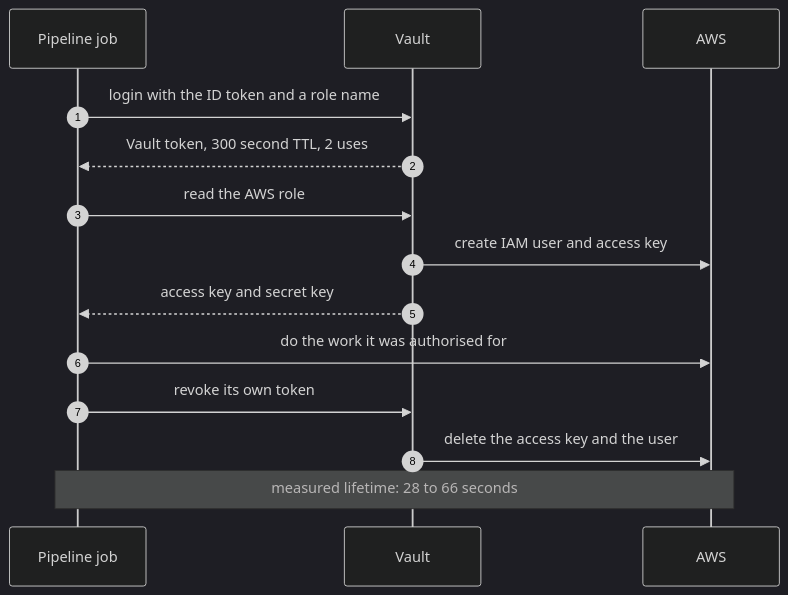
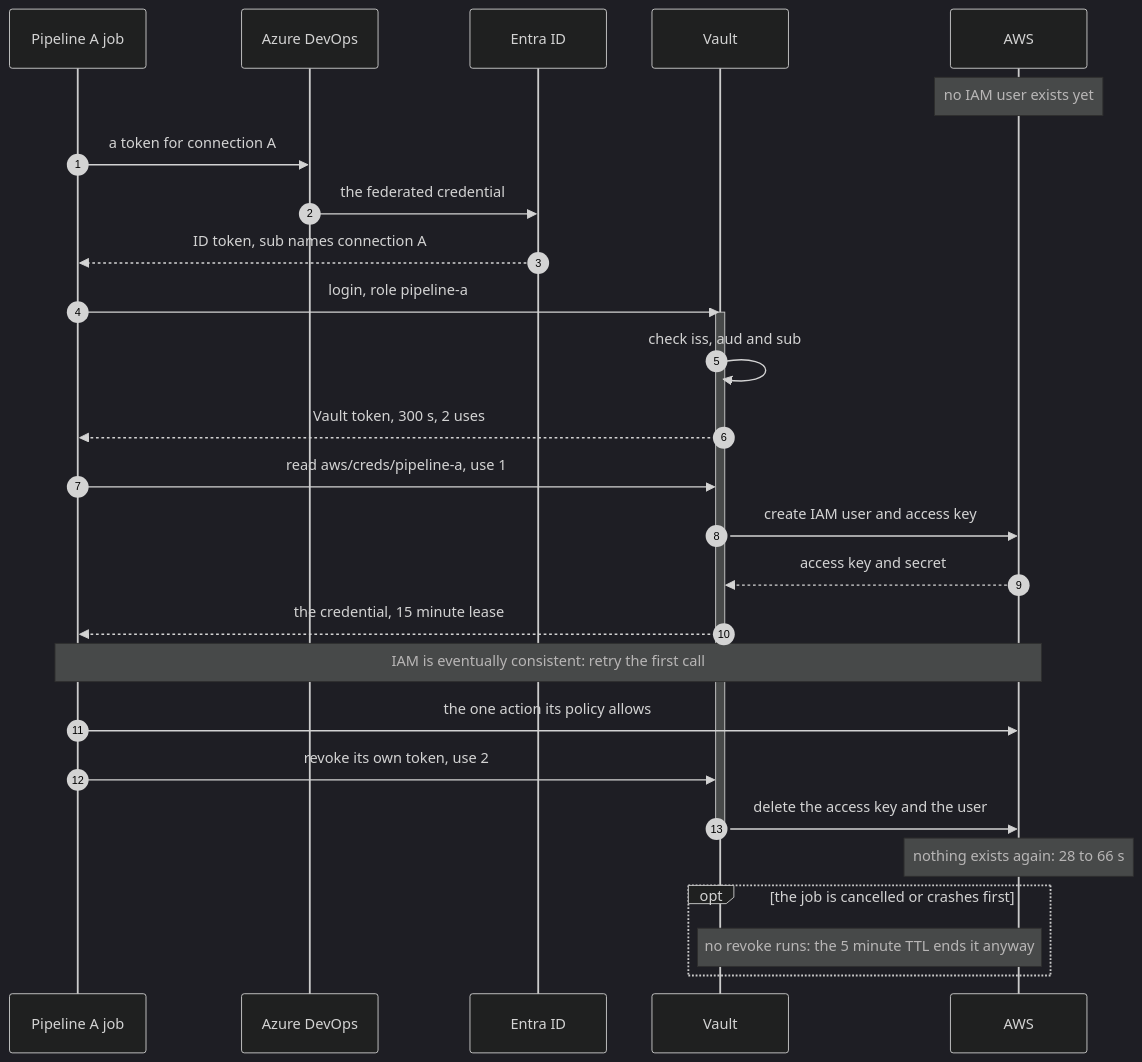
Before and after one commit to DarthVaderRC/azdo-oidc-vault: the second of 2 diagrams in README.md, drawn with Mermaid (dark theme). The commit also changed other lines of this file, not shown here.

First line of the commit message:
Make the two README diagrams carry the argument

````diff
--- a/README.md
+++ b/README.md
@@ -69,16 +89,31 @@
 ```mermaid
 sequenceDiagram
   autonumber
-  participant Job as Pipeline job
+  participant Job as Pipeline A job
+  participant ADO as Azure DevOps
+  participant Entra as Entra ID
   participant Vault
   participant AWS
-  Job->>Vault: login with the ID token and a role name
-  Vault-->>Job: Vault token, 300 second TTL, 2 uses
-  Job->>Vault: read the AWS role
+
+  Note over AWS: no IAM user exists yet
+  Job->>ADO: a token for connection A
+  ADO->>Entra: the federated credential
+  Entra-->>Job: ID token, sub names connection A
+  Job->>Vault: login, role pipeline-a
+  activate Vault
+  Vault->>Vault: check iss, aud and sub
+  Vault-->>Job: Vault token, 300 s, 2 uses
+  Job->>Vault: read aws/creds/pipeline-a, use 1
   Vault->>AWS: create IAM user and access key
-  Vault-->>Job: access key and secret key
-  Job->>AWS: do the work it was authorised for
-  Job->>Vault: revoke its own token
+  AWS-->>Vault: access key and secret
+  Vault-->>Job: the credential, 15 minute lease
+  Note over Job,AWS: IAM is eventually consistent: retry the first call
+  Job->>AWS: the one action its policy allows
+  Job->>Vault: revoke its own token, use 2
   Vault->>AWS: delete the access key and the user
-  Note over Job,AWS: measured lifetime: 28 to 66 seconds
+  deactivate Vault
+  Note over AWS: nothing exists again: 28 to 66 s
+  opt the job is cancelled or crashes first
+    Note over Vault,AWS: no revoke runs: the 5 minute TTL ends it anyway
+  end
 ```
````
